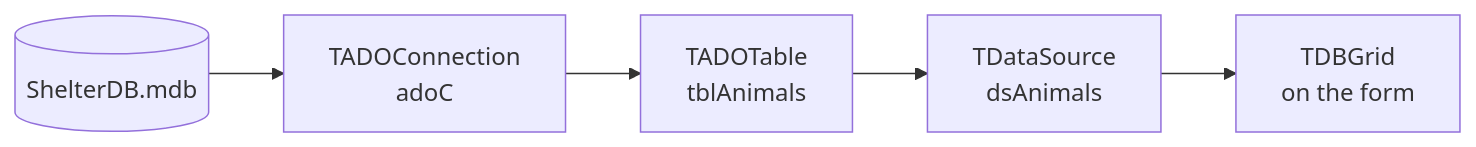
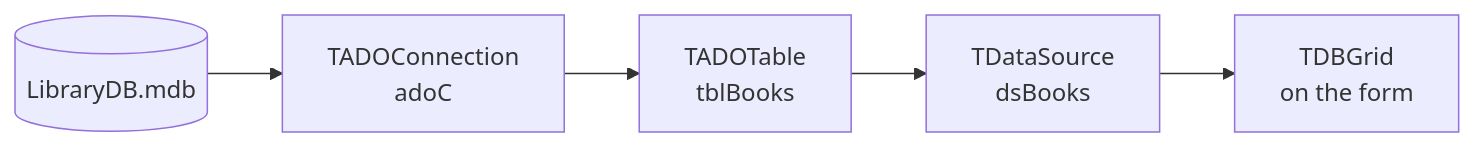
The diagram in docs/practical/delphi/database-navigation.md (MrCooksIT/it-gateway), drawn with Mermaid before and after one commit. The commit also changed other lines of this file and 11 other files, not shown here.

````diff
--- a/docs/practical/delphi/database-navigation.md
+++ b/docs/practical/delphi/database-navigation.md
@@ -105,7 +105,7 @@
 ```mermaid
 flowchart LR
-  A[(ShelterDB.mdb)] --> B[TADOConnection<br/>adoC]
-  B --> C[TADOTable<br/>tblAnimals]
-  C --> D[TDataSource<br/>dsAnimals]
+  A[(LibraryDB.mdb)] --> B[TADOConnection<br/>adoC]
+  B --> C[TADOTable<br/>tblBooks]
+  C --> D[TDataSource<br/>dsBooks]
   D --> E[TDBGrid<br/>on the form]
 ```
````
